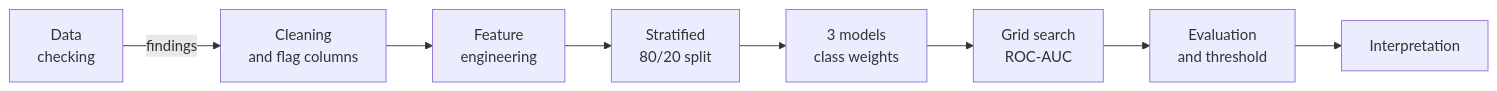
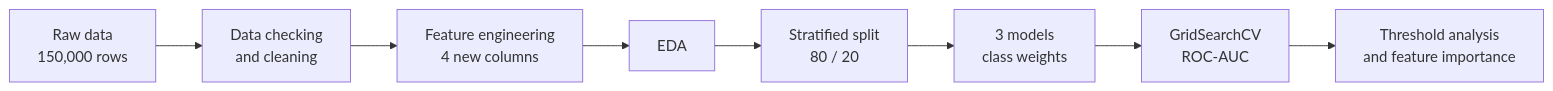
Before and after one commit to mrpaul-10/CodeAlpha_CreditScoringModel: the first of 2 diagrams in README.md, drawn with Mermaid. The commit also changed other lines of this file, not shown here.

````diff
--- a/README.md
+++ b/README.md
@@ -29,10 +30,10 @@
 ```mermaid
 flowchart LR
-    A[Data<br/>checking] -->|findings| B[Cleaning<br/>and flag columns]
-    B --> C[Feature<br/>engineering]
-    C --> D[Stratified<br/>80/20 split]
-    D --> E[3 models<br/>class weights]
-    E --> F[Grid search<br/>ROC-AUC]
-    F --> G[Evaluation<br/>and threshold]
-    G --> H[Interpretation]
+    A[Raw data<br/>150,000 rows] --> B[Data checking<br/>and cleaning]
+    B --> C[Feature engineering<br/>4 new columns]
+    C --> D[EDA]
+    D --> E[Stratified split<br/>80 / 20]
+    E --> F[3 models<br/>class weights]
+    F --> G[GridSearchCV<br/>ROC-AUC]
+    G --> H[Threshold analysis<br/>and feature importance]
 ```
````
